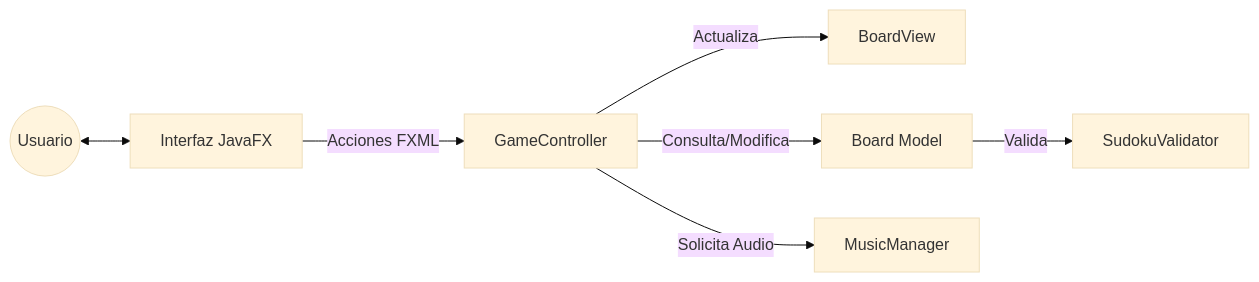
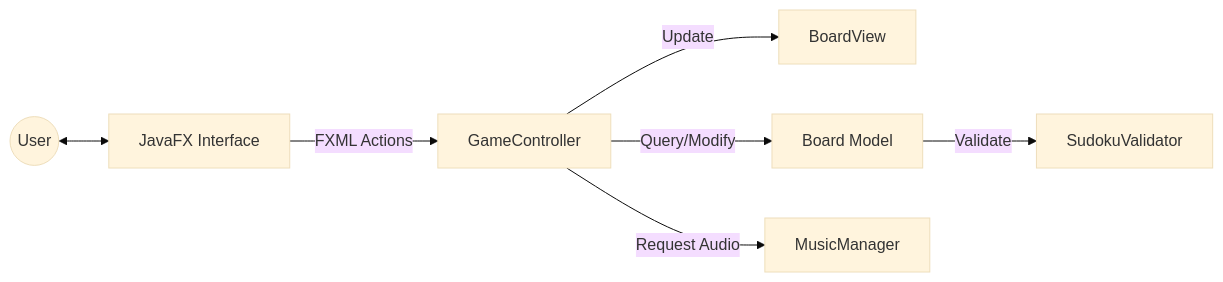
Before and after one commit to LastraMigue/Videogame-SUDOKU: the fourth of 6 diagrams in docs/DESIGN.md, drawn with Mermaid (base theme). The commit also changed other lines of this file, not shown here.

Commit message:
docs: translated all Mermaid diagrams to English in DESIGN.md

````diff
--- a/docs/DESIGN.md
+++ b/docs/DESIGN.md
@@ -114,9 +114,9 @@
 ```mermaid
 flowchart LR
-    U((Usuario)) <--> UI[Interfaz JavaFX]
-    UI -- Acciones FXML --> GC[GameController]
-    GC -- Actualiza --> BV[BoardView]
-    GC -- Consulta/Modifica --> BM[Board Model]
-    GC -- Solicita Audio --> MM[MusicManager]
-    BM -- Valida --> SV[SudokuValidator]
+    U((User)) <--> UI[JavaFX Interface]
+    UI -- FXML Actions --> GC[GameController]
+    GC -- Update --> BV[BoardView]
+    GC -- Query/Modify --> BM[Board Model]
+    GC -- Request Audio --> MM[MusicManager]
+    BM -- Validate --> SV[SudokuValidator]
 ```
````
